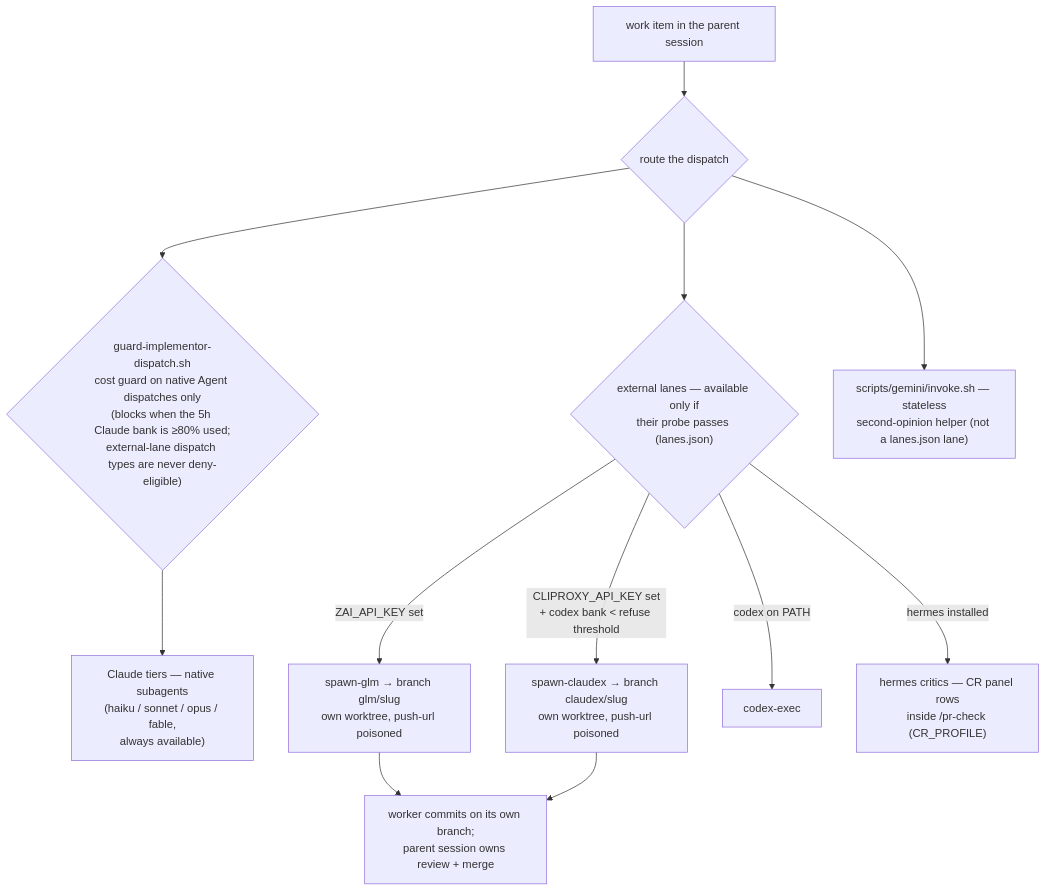
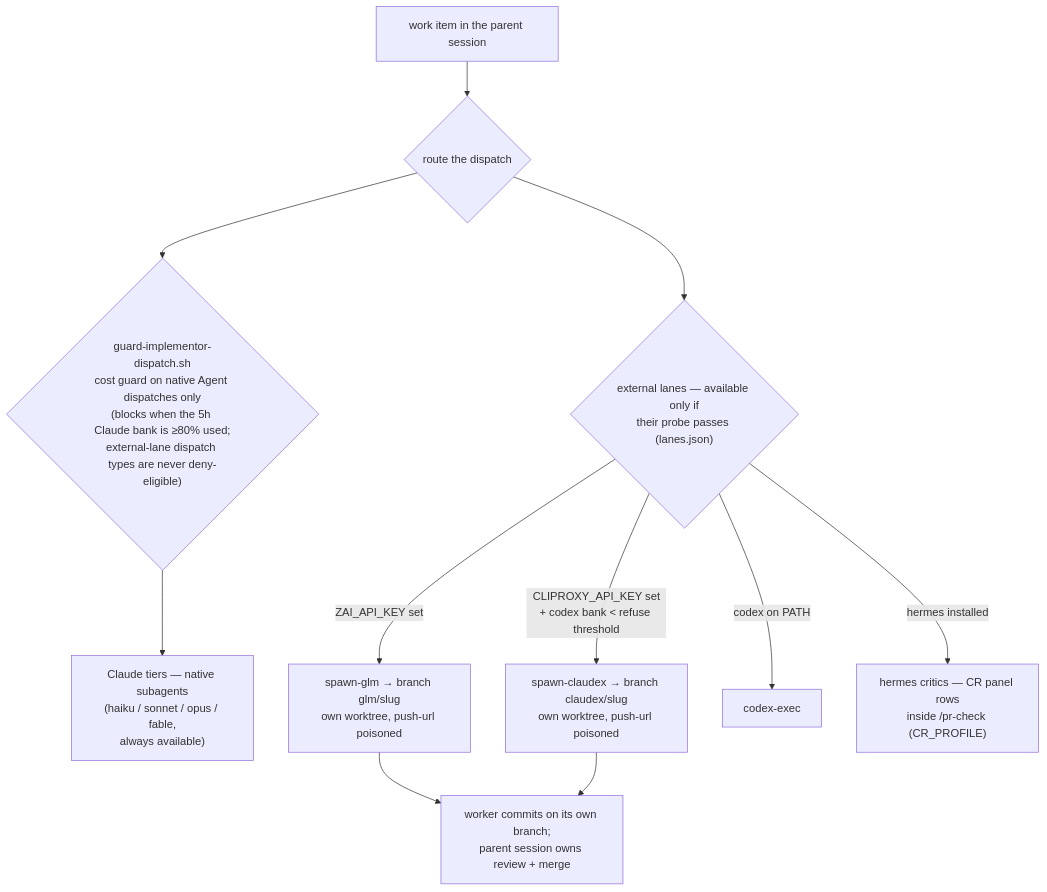
Before and after one commit to Goomal/Himmel: the fourth of 4 diagrams in docs/configuration.md, drawn with Mermaid. The commit also changed other lines of this file and 27 other files, not shown here.

````diff
--- a/docs/configuration.md
+++ b/docs/configuration.md
@@ -240,14 +239,13 @@
 ```mermaid
 flowchart TD
     WORK["work item in the parent session"] --> ROUTE{"route the dispatch"}
     ROUTE --> GUARD{"guard-implementor-dispatch.sh<br/>cost guard on native Agent dispatches only<br/>(blocks when the 5h Claude bank is ≥80% used;<br/>external-lane dispatch types are never deny-eligible)"}
     GUARD --> TIER["Claude tiers — native subagents<br/>(haiku / sonnet / opus / fable,<br/>always available)"]
     ROUTE --> EXT{"external lanes — available only if<br/>their probe passes (lanes.json)"}
     EXT -->|"ZAI_API_KEY set"| GLM["spawn-glm → branch glm/slug<br/>own worktree, push-url poisoned"]
     EXT -->|"CLIPROXY_API_KEY set<br/>+ codex bank < refuse threshold"| CLX["spawn-claudex → branch claudex/slug<br/>own worktree, push-url poisoned"]
     EXT -->|"codex on PATH"| CDX["codex-exec"]
     EXT -->|"hermes installed"| HRM["hermes critics — CR panel rows<br/>inside /pr-check (CR_PROFILE)"]
-    ROUTE --> GEM["scripts/gemini/invoke.sh — stateless<br/>second-opinion helper (not a lanes.json lane)"]
     GLM --> BACK["worker commits on its own branch;<br/>parent session owns review + merge"]
     CLX --> BACK
 ```
````
